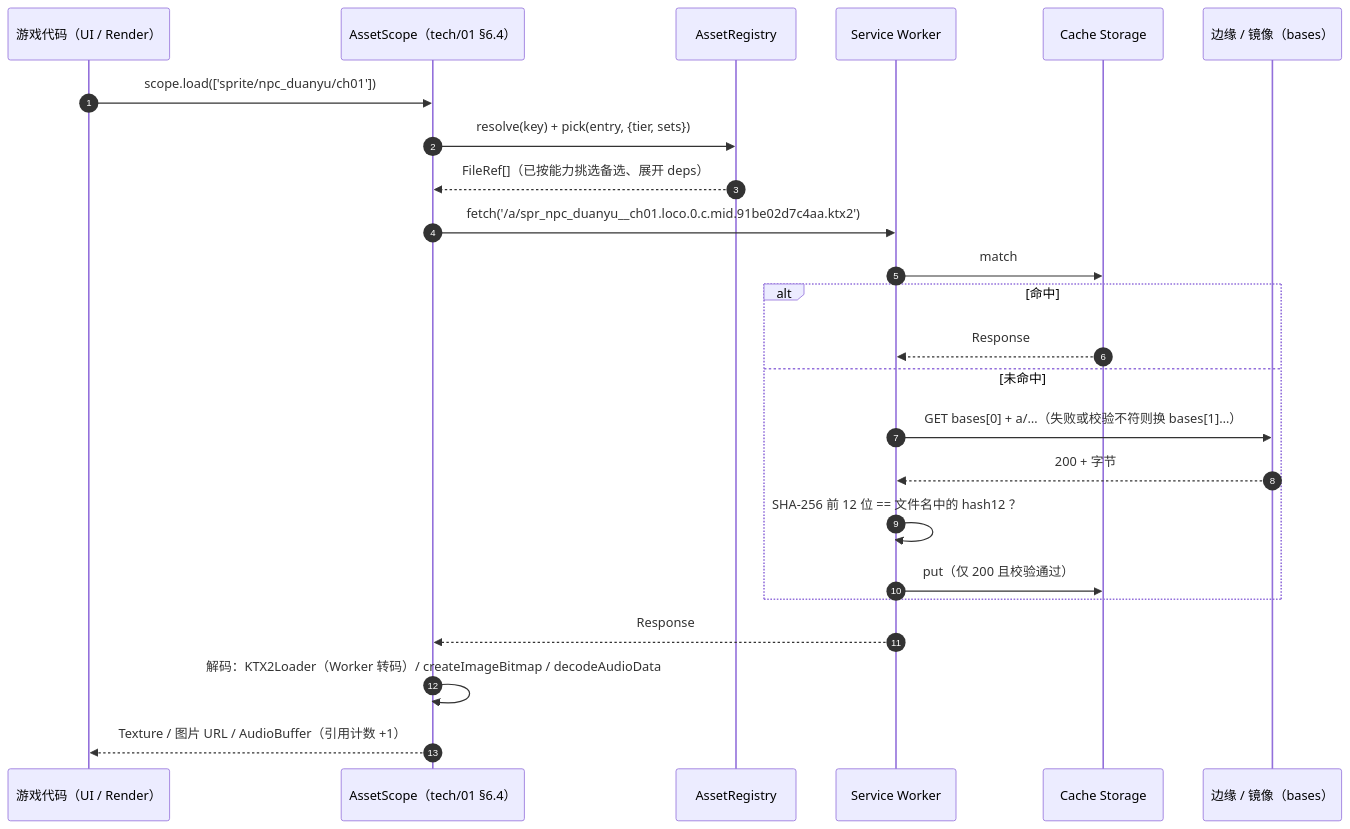
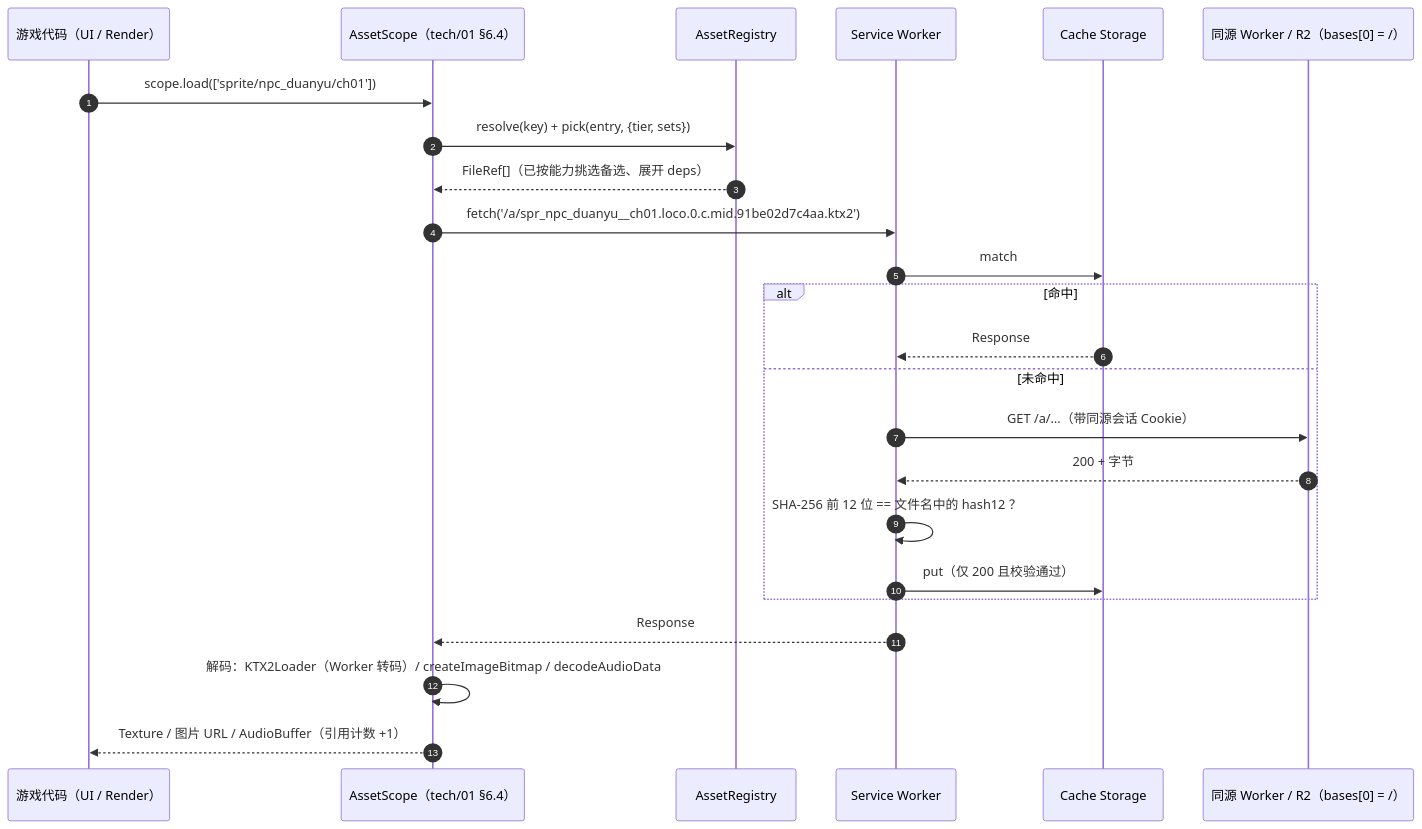
Before and after one commit to radarxc/jinyongqunxia: the second of 7 diagrams in docs/tech/06-asset-storage.md, drawn with Mermaid. The commit also changed other lines of this file and 1 other file, not shown here.

````diff
--- a/docs/tech/06-asset-storage.md
+++ b/docs/tech/06-asset-storage.md
@@ -624,26 +638,26 @@
 ```mermaid
 sequenceDiagram
   autonumber
   participant G as 游戏代码（UI / Render）
   participant S as AssetScope（tech/01 §6.4）
   participant R as AssetRegistry
   participant W as Service Worker
   participant C as Cache Storage
-  participant N as 边缘 / 镜像（bases）
+  participant N as 同源 Worker / R2（bases[0] = /）
   G->>S: scope.load(['sprite/npc_duanyu/ch01'])
   S->>R: resolve(key) + pick(entry, {tier, sets})
   R-->>S: FileRef[]（已按能力挑选备选、展开 deps）
   S->>W: fetch('/a/spr_npc_duanyu__ch01.loco.0.c.mid.91be02d7c4aa.ktx2')
   W->>C: match
   alt 命中
     C-->>W: Response
   else 未命中
-    W->>N: GET bases[0] + a/…（失败或校验不符则换 bases[1]…）
+    W->>N: GET /a/…（带同源会话 Cookie）
     N-->>W: 200 + 字节
     W->>W: SHA-256 前 12 位 == 文件名中的 hash12 ？
     W->>C: put（仅 200 且校验通过）
   end
   W-->>S: Response
   S->>S: 解码：KTX2Loader（Worker 转码）/ createImageBitmap / decodeAudioData
   S-->>G: Texture / 图片 URL / AudioBuffer（引用计数 +1）
 ```
````
